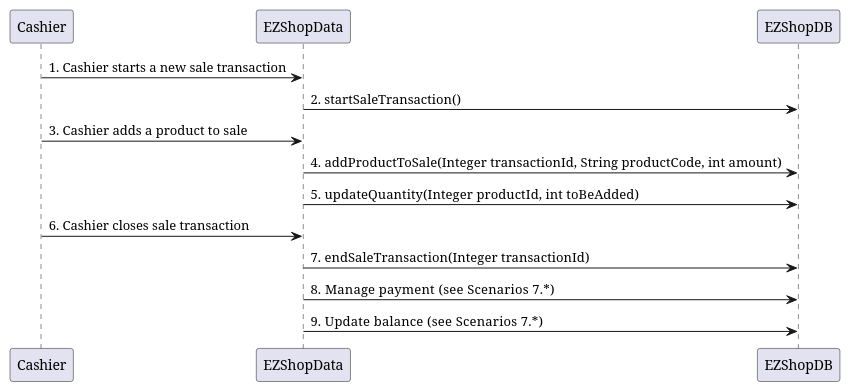
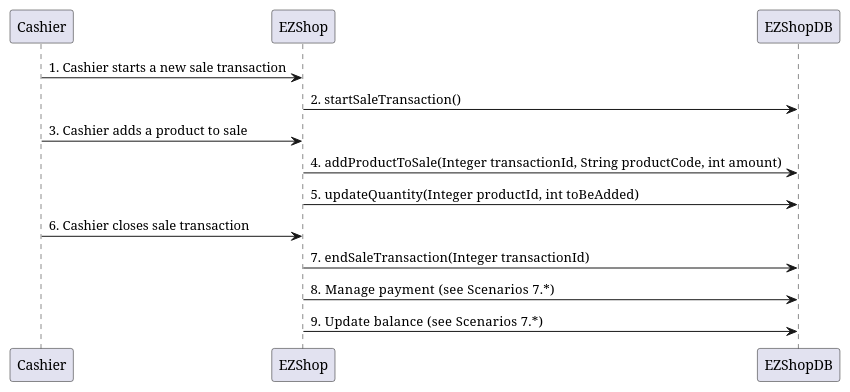
Before and after one commit to djemar/softeng_ezshop: diagram 17 of 31 in Deliverables/DesignDocument.md, drawn with PlantUML. The commit also changed other lines of this file, not shown here.

````diff
--- a/Deliverables/DesignDocument.md
+++ b/Deliverables/DesignDocument.md
@@ -397,12 +409,12 @@
 ```plantuml
-"Cashier" -> "EZShopData" : 1. Cashier starts a new sale transaction
-"EZShopData" -> "EZShopDB" : 2.  startSaleTransaction()
-"Cashier" -> "EZShopData" : 3. Cashier adds a product to sale
-"EZShopData" -> "EZShopDB" : 4.   addProductToSale(Integer transactionId, String productCode, int amount)
-"EZShopData" -> "EZShopDB" : 5.   updateQuantity(Integer productId, int toBeAdded)
-"Cashier" -> "EZShopData" : 6. Cashier closes sale transaction
-"EZShopData" -> "EZShopDB" : 7.   endSaleTransaction(Integer transactionId)
-"EZShopData" -> "EZShopDB" : 8.   Manage payment (see Scenarios 7.*)
-"EZShopData" -> "EZShopDB" : 9.   Update balance (see Scenarios 7.*)
+"Cashier" -> "EZShop" : 1. Cashier starts a new sale transaction
+"EZShop" -> "EZShopDB" : 2.  startSaleTransaction()
+"Cashier" -> "EZShop" : 3. Cashier adds a product to sale
+"EZShop" -> "EZShopDB" : 4.   addProductToSale(Integer transactionId, String productCode, int amount)
+"EZShop" -> "EZShopDB" : 5.   updateQuantity(Integer productId, int toBeAdded)
+"Cashier" -> "EZShop" : 6. Cashier closes sale transaction
+"EZShop" -> "EZShopDB" : 7.   endSaleTransaction(Integer transactionId)
+"EZShop" -> "EZShopDB" : 8.   Manage payment (see Scenarios 7.*)
+"EZShop" -> "EZShopDB" : 9.   Update balance (see Scenarios 7.*)
 
 ```
````
